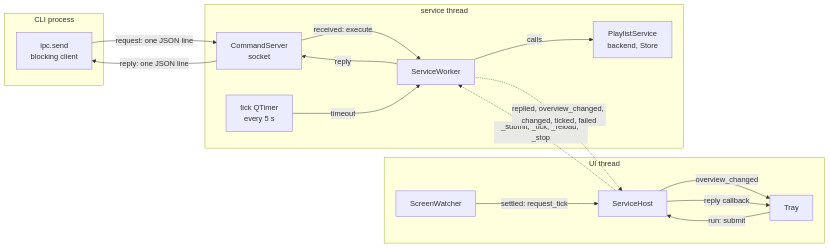
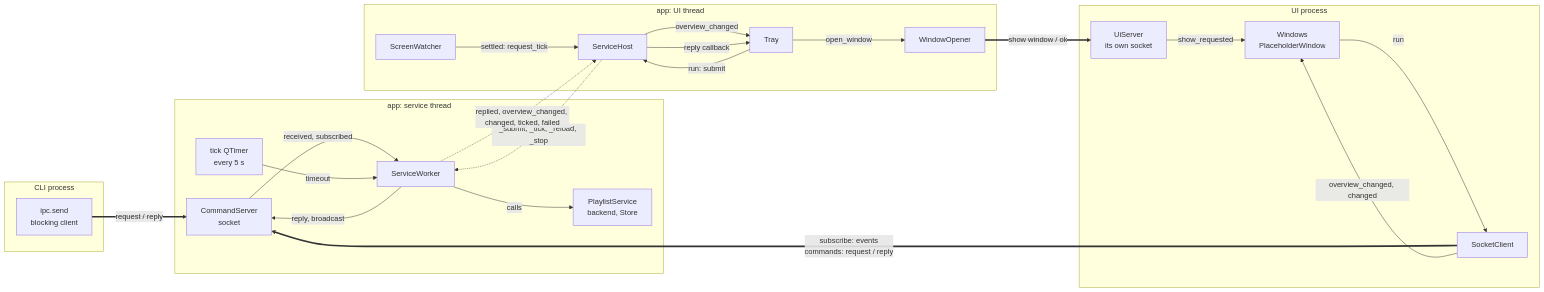
One commit to cheshire0xff/wallpaper_py changed the first of 5 diagrams in docs/app-wiring.md. Above: the diagram before and after it, drawn with Mermaid. The commit also changed other lines of this file and 39 other files, not shown here.

````diff
--- a/docs/app-wiring.md
+++ b/docs/app-wiring.md
@@ -34,30 +42,41 @@
 ```mermaid
 flowchart LR
     subgraph CLI["CLI process"]
         send["ipc.send<br/>blocking client"]
     end
-    subgraph UI["UI thread"]
+    subgraph UIP["UI process"]
+        uiserver["UiServer<br/>its own socket"]
+        client["SocketClient"]
+        windows["Windows<br/>PlaceholderWindow"]
+    end
+    subgraph UI["app: UI thread"]
         tray["Tray"]
+        opener["WindowOpener"]
         screens["ScreenWatcher"]
         host["ServiceHost"]
     end
-    subgraph SVC["service thread"]
+    subgraph SVC["app: service thread"]
         server["CommandServer<br/>socket"]
         timer["tick QTimer<br/>every 5 s"]
         worker["ServiceWorker"]
         service["PlaylistService<br/>backend, Store"]
     end
 
-    send -->|"request: one JSON line"| server
-    server -->|"received: execute"| worker
-    worker -->|"reply"| server
-    server -->|"reply: one JSON line"| send
+    send ==>|"request / reply"| server
+    client ==>|"subscribe: events<br/>commands: request / reply"| server
+    opener ==>|"show window / ok"| uiserver
+    uiserver -->|"show_requested"| windows
+    client -->|"overview_changed, changed"| windows
+    windows -->|"run"| client
+    server -->|"received, subscribed"| worker
+    worker -->|"reply, broadcast"| server
+    tray -->|"open_window"| opener
     tray -->|"run: submit"| host
     screens -->|"settled: request_tick"| host
     host -.->|"_submit, _tick, _reload, _stop"| worker
     timer -->|"timeout"| worker
     worker -->|"calls"| service
     worker -.->|"replied, overview_changed, changed, ticked, failed"| host
     host -->|"overview_changed"| tray
     host -->|"reply callback"| tray
 ```
````
